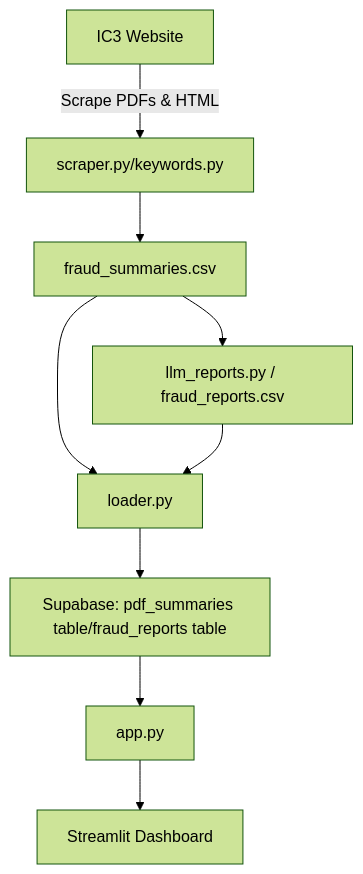
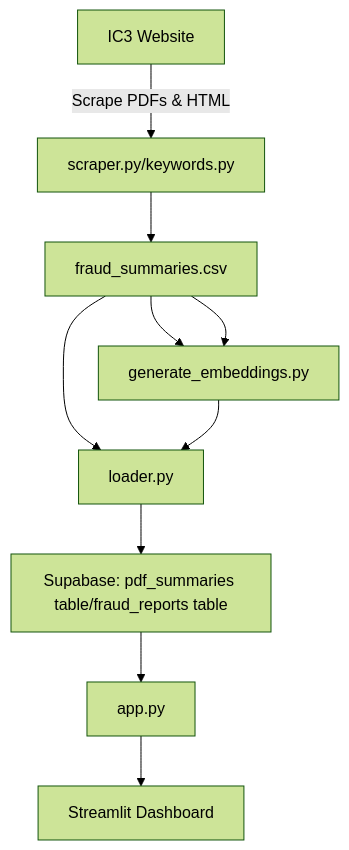
One commit to JaysonAllman/DTSC-Fraud-Project changed the diagram in README.md. Above: the diagram before and after it, drawn with Mermaid (forest theme).

````diff
--- a/README.md
+++ b/README.md
@@ -44,12 +44,13 @@
 ```mermaid
 graph TD
     A[IC3 Website] -->|Scrape PDFs & HTML| B[scraper.py/keywords.py]
     B --> C[fraud_summaries.csv]
     C --> D[llm_reports.py / fraud_reports.csv]
     C --> E[loader.py]
+    C --> D[generate_embeddings.py]
     D --> E[loader.py]
     E --> F[Supabase: pdf_summaries table/fraud_reports table]
     F --> G[app.py]
     G --> H[Streamlit Dashboard]
 
 ```
````
